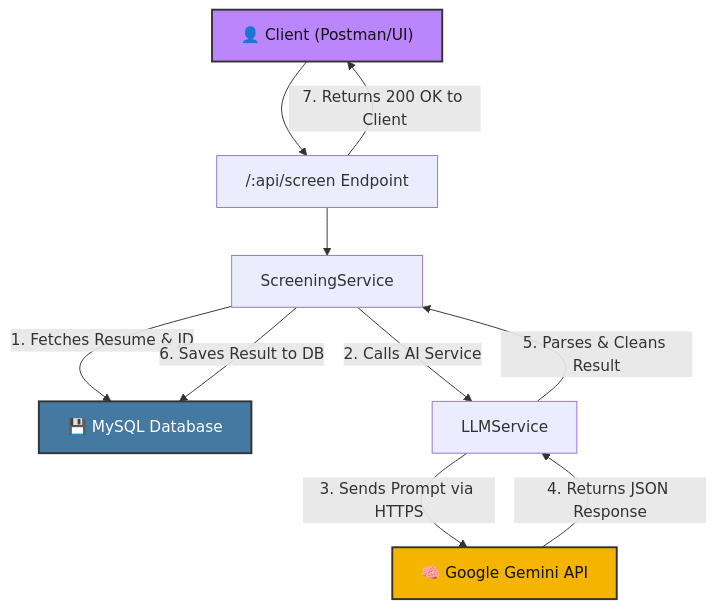
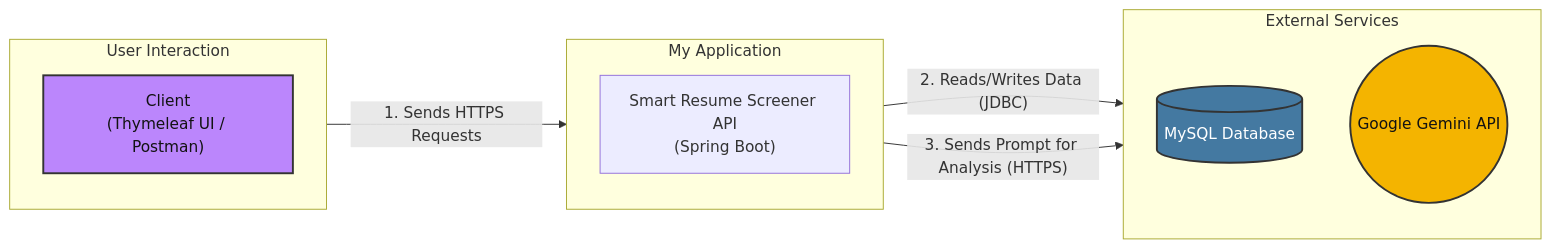
Before and after one commit to abh1shekChoudhary/Smart-Resume-Screener: the first of 3 diagrams in README.md, drawn with Mermaid. The commit also changed other lines of this file, not shown here.

````diff
--- a/README.md
+++ b/README.md
@@ -60,16 +41,26 @@
 ```mermaid
-graph TD
-    A["👤 Client (Postman/UI)"] --> B["/:api/screen Endpoint"];
-    B --> C["ScreeningService"];
-    C -- "1. Fetches Resume & JD" --> D["💾 MySQL Database"];
-    C -- "2. Calls AI Service" --> E["LLMService"];
-    E -- "3. Sends Prompt via HTTPS" --> F["🧠 Google Gemini API"];
-    F -- "4. Returns JSON Response" --> E;
-    E -- "5. Parses & Cleans Result" --> C;
-    C -- "6. Saves Result to DB" --> D;
-    B -- "7. Returns 200 OK to Client" --> A;
+graph LR
+    subgraph "User Interaction"
+        direction TB
+        Client["Client<br>(Thymeleaf UI / Postman)"];
+    end
 
-    style A fill:#bb86fc,stroke:#333,stroke-width:2px,color:#121212
-    style F fill:#f4b400,stroke:#333,stroke-width:2px,color:#121212
-    style D fill:#4479A1,stroke:#333,stroke-width:2px,color:#fff
+    subgraph "My Application"
+        direction TB
+        Backend["Smart Resume Screener API<br>(Spring Boot)"];
+    end
+
+    subgraph "External Services"
+        direction TB
+        Database[("MySQL Database")];
+        Gemini(("Google Gemini API"));
+    end
+
+    Client -- "1. Sends HTTPS Requests" --> Backend;
+    Backend -- "2. Reads/Writes Data (JDBC)" --> Database;
+    Backend -- "3. Sends Prompt for Analysis (HTTPS)" --> Gemini;
+
+    style Client fill:#bb86fc,stroke:#333,stroke-width:2px,color:#121212
+    style Gemini fill:#f4b400,stroke:#333,stroke-width:2px,color:#121212
+    style Database fill:#4479A1,stroke:#333,stroke-width:2px,color:#fff
 ```
````
